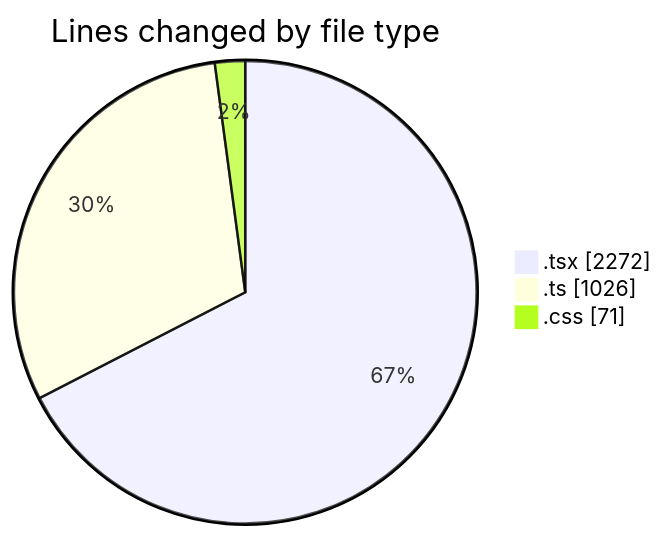
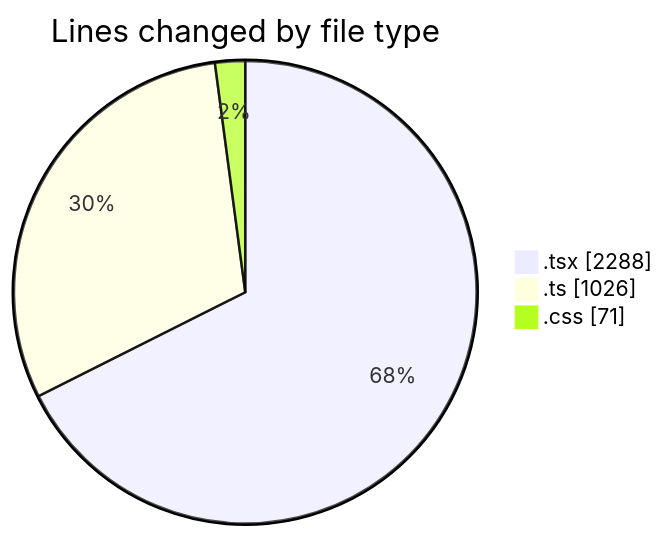
The first of 2 diagrams in 2025-01-27/mbc-web/README.md (robertbonfada/code-tracking), drawn with Mermaid before and after one commit. The commit also changed other lines of this file and 1 other file, not shown here.

````diff
--- a/2025-01-27/mbc-web/README.md
+++ b/2025-01-27/mbc-web/README.md
@@ -30,7 +30,7 @@
 ```mermaid
 pie showData
 title Lines changed by file type
-".tsx" : 2272
+".tsx" : 2288
 ".ts" : 1026
 ".css" : 71
 ```
````
